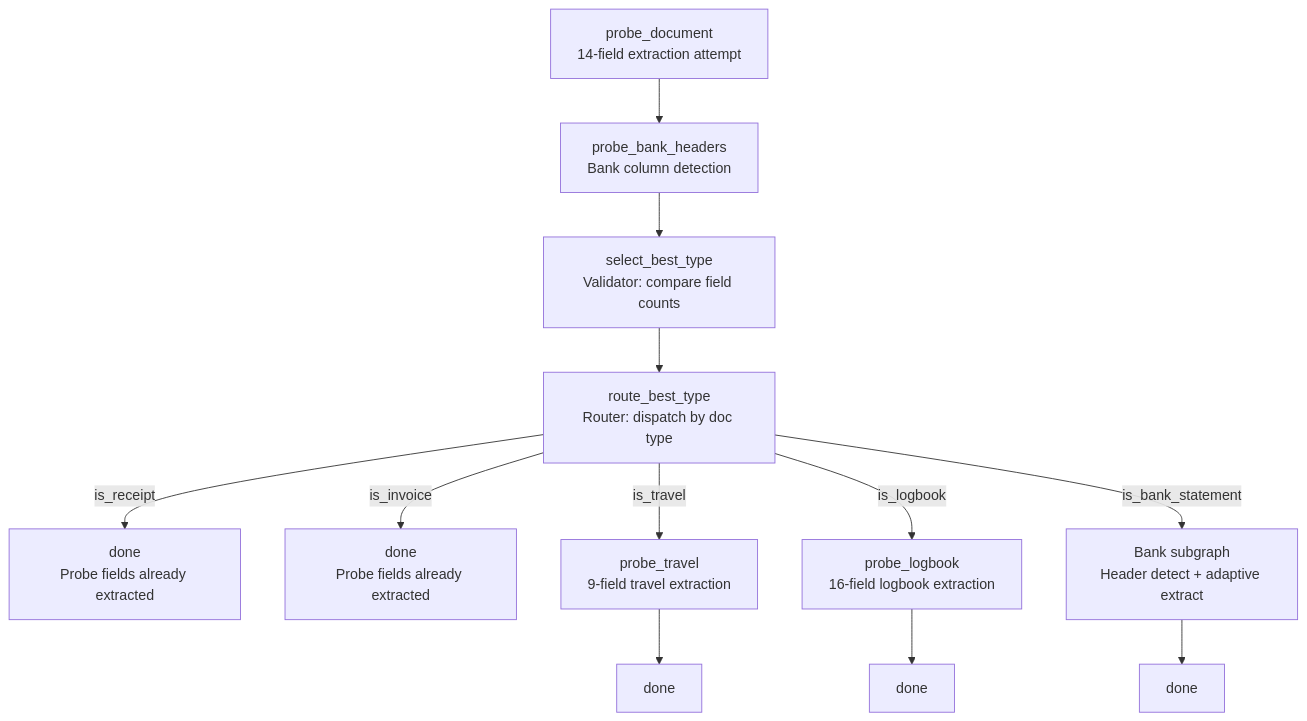
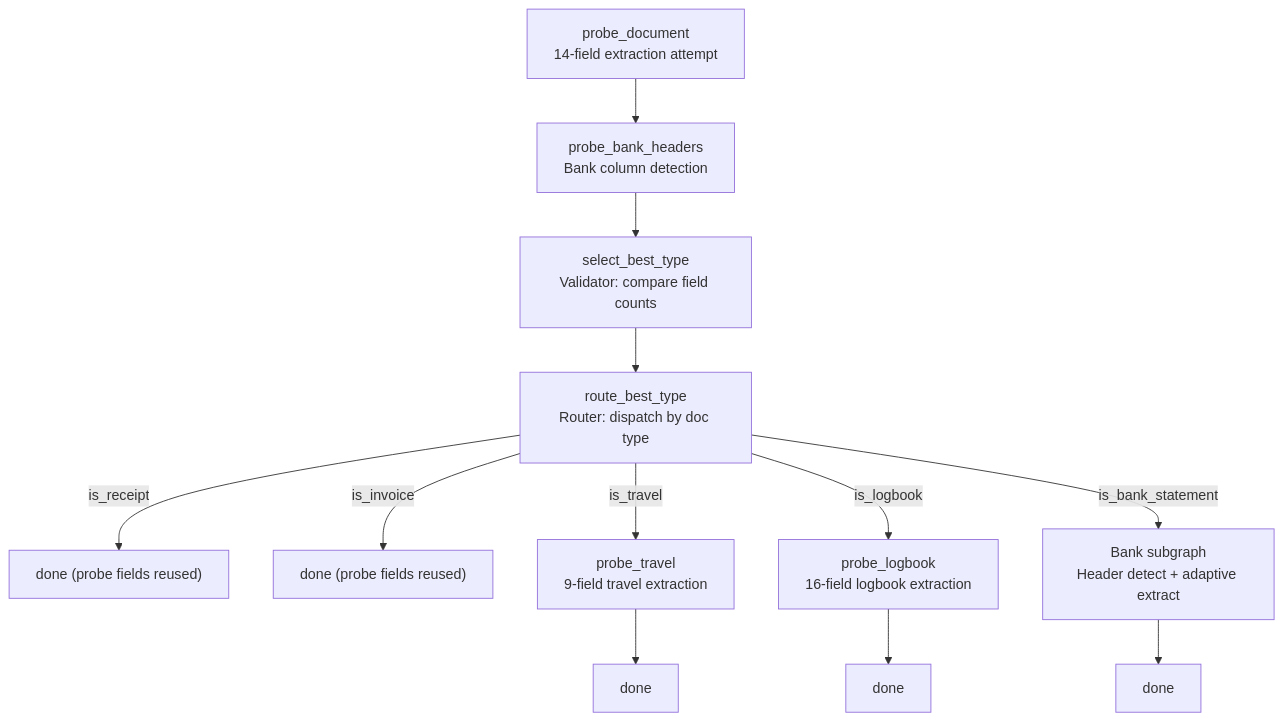
One commit to tmnestor/LMM_POC changed the third of 6 diagrams in README.md. Above: the diagram before and after it, drawn with Mermaid. The commit also changed other lines of this file, not shown here.

Commit message:
docs: rewrite README for agentic extraction engine architecture

````diff
--- a/README.md
+++ b/README.md
@@ -529,19 +165,19 @@
 ```mermaid
 graph TD
     PD["probe_document<br/>14-field extraction attempt"]
     PB["probe_bank_headers<br/>Bank column detection"]
     SBT["select_best_type<br/>Validator: compare field counts"]
     RBT["route_best_type<br/>Router: dispatch by doc type"]
 
     PD --> PB --> SBT --> RBT
 
-    RBT -->|"is_receipt"| DONE1["done<br/>Probe fields already extracted"]
-    RBT -->|"is_invoice"| DONE2["done<br/>Probe fields already extracted"]
+    RBT -->|"is_receipt"| DONE1["done (probe fields reused)"]
+    RBT -->|"is_invoice"| DONE2["done (probe fields reused)"]
     RBT -->|"is_travel"| PT["probe_travel<br/>9-field travel extraction"]
     RBT -->|"is_logbook"| PL["probe_logbook<br/>16-field logbook extraction"]
     RBT -->|"is_bank_statement"| BANK["Bank subgraph<br/>Header detect + adaptive extract"]
 
     PT --> DONE3["done"]
     PL --> DONE4["done"]
     BANK --> DONE5["done"]
 ```
````
